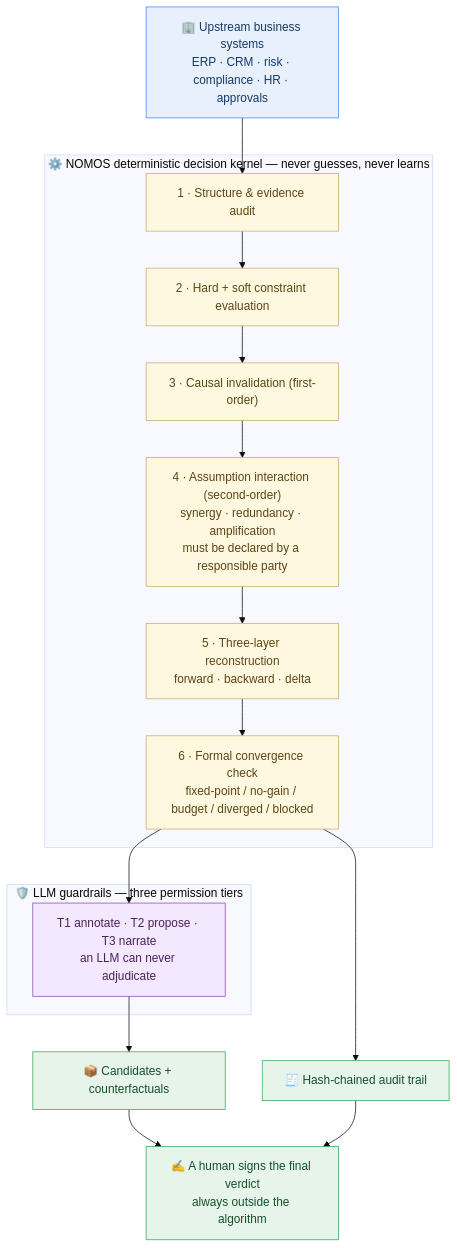
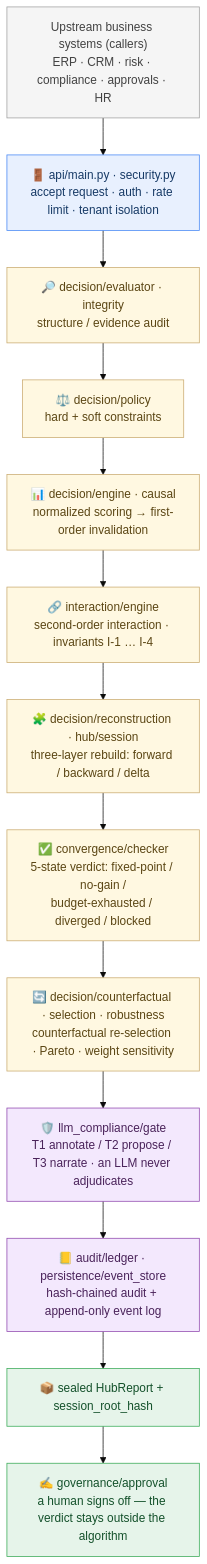
The diagram in README.md (NOHN-AI/second-perspective), drawn with Mermaid (base theme) before and after one commit. The commit also changed other lines of this file and 1 other file, not shown here.

Commit message:
docs: redraw architecture as a module-level flowchart (EN+ZH)

````diff
--- a/README.md
+++ b/README.md
@@ -152,42 +152,41 @@
 ```mermaid
 flowchart TB
-    UP["🏢 Upstream business systems<br/>ERP · CRM · risk · compliance · HR · approvals"]
+    UP["Upstream business systems (callers)<br/>ERP · CRM · risk · compliance · approvals · HR"]
 
-    subgraph CORE["⚙️ NOMOS deterministic decision kernel — never guesses, never learns"]
-        K1["1 · Structure &amp; evidence audit"]
-        K2["2 · Hard + soft constraint evaluation"]
-        K3["3 · Causal invalidation (first-order)"]
-        K4["4 · Assumption interaction (second-order)<br/>synergy · redundancy · amplification<br/>must be declared by a responsible party"]
-        K5["5 · Three-layer reconstruction<br/>forward · backward · delta"]
-        K6["6 · Formal convergence check<br/>fixed-point / no-gain / budget / diverged / blocked"]
-    end
+    A1["🚪 api/main.py · security.py<br/>accept request · auth · rate limit · tenant isolation"]
+    A2["🔎 decision/evaluator · integrity<br/>structure / evidence audit"]
+    A3["⚖️ decision/policy<br/>hard + soft constraints"]
+    A4["📊 decision/engine · causal<br/>normalized scoring → first-order invalidation"]
+    A5["🔗 interaction/engine<br/>second-order interaction · invariants I-1 … I-4"]
+    A6["🧩 decision/reconstruction · hub/session<br/>three-layer rebuild: forward / backward / delta"]
+    A7["✅ convergence/checker<br/>5-state verdict: fixed-point / no-gain /<br/>budget-exhausted / diverged / blocked"]
+    A8["🔄 decision/counterfactual · selection · robustness<br/>counterfactual re-selection · Pareto · weight sensitivity"]
+    A9["🛡️ llm_compliance/gate<br/>T1 annotate / T2 propose / T3 narrate · an LLM never adjudicates"]
+    A10["📒 audit/ledger · persistence/event_store<br/>hash-chained audit + append-only event log"]
+    OUT["📦 sealed HubReport + session_root_hash"]
+    HUMAN["✍️ governance/approval<br/>a human signs off — the verdict stays outside the algorithm"]
 
-    subgraph GATE["🛡️ LLM guardrails — three permission tiers"]
-        G["T1 annotate · T2 propose · T3 narrate<br/>an LLM can never adjudicate"]
-    end
+    UP --> A1
+    A1 --> A2
+    A2 --> A3
+    A3 --> A4
+    A4 --> A5
+    A5 --> A6
+    A6 --> A7
+    A7 --> A8
+    A8 --> A9
+    A9 --> A10
+    A10 --> OUT
+    OUT --> HUMAN
 
-    OUT1["📦 Candidates + counterfactuals"]
-    OUT2["🧾 Hash-chained audit trail"]
-    HUMAN["✍️ A human signs the final verdict<br/>always outside the algorithm"]
-
-    UP --> K1
-    K1 --> K2
-    K2 --> K3
-    K3 --> K4
-    K4 --> K5
-    K5 --> K6
-    K6 --> G
-    G --> OUT1
-    K6 --> OUT2
-    OUT1 --> HUMAN
-    OUT2 --> HUMAN
-
+    classDef cUp fill:#F5F5F5,stroke:#9E9E9E,stroke-width:1px,color:#424242
     classDef cIn fill:#E8F0FE,stroke:#4285F4,stroke-width:1px,color:#173A66
     classDef cCore fill:#FFF8E1,stroke:#C9A96E,stroke-width:1px,color:#5B4614
     classDef cGate fill:#F3E8FD,stroke:#8E44AD,stroke-width:1px,color:#4A235A
     classDef cOut fill:#E6F4EA,stroke:#34A853,stroke-width:1px,color:#14512B
-    class UP cIn
-    class K1,K2,K3,K4,K5,K6 cCore
-    class G cGate
-    class OUT1,OUT2,HUMAN cOut
+    class UP cUp
+    class A1 cIn
+    class A2,A3,A4,A5,A6,A7,A8 cCore
+    class A9,A10 cGate
+    class OUT,HUMAN cOut
 ```
````
